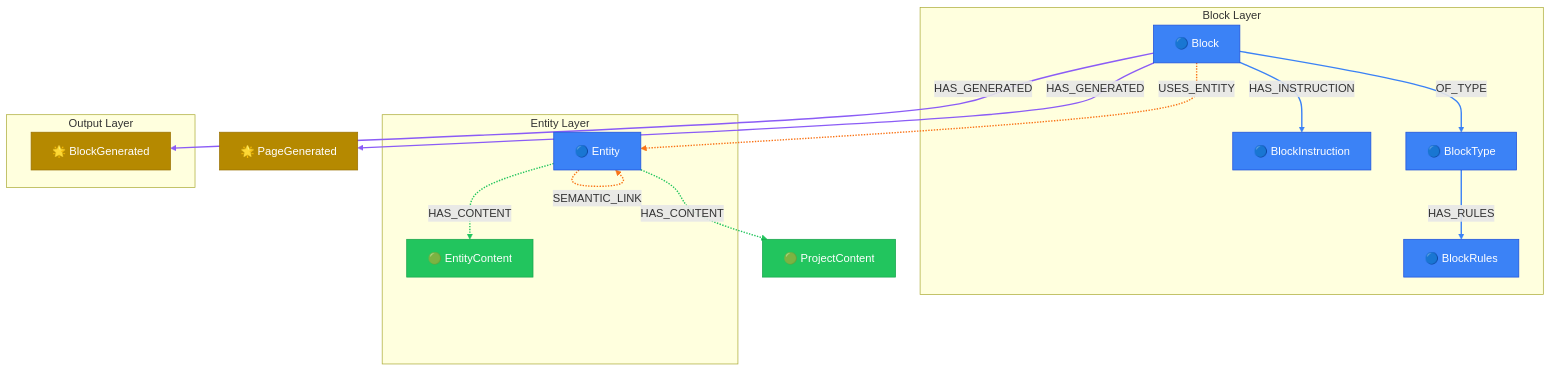
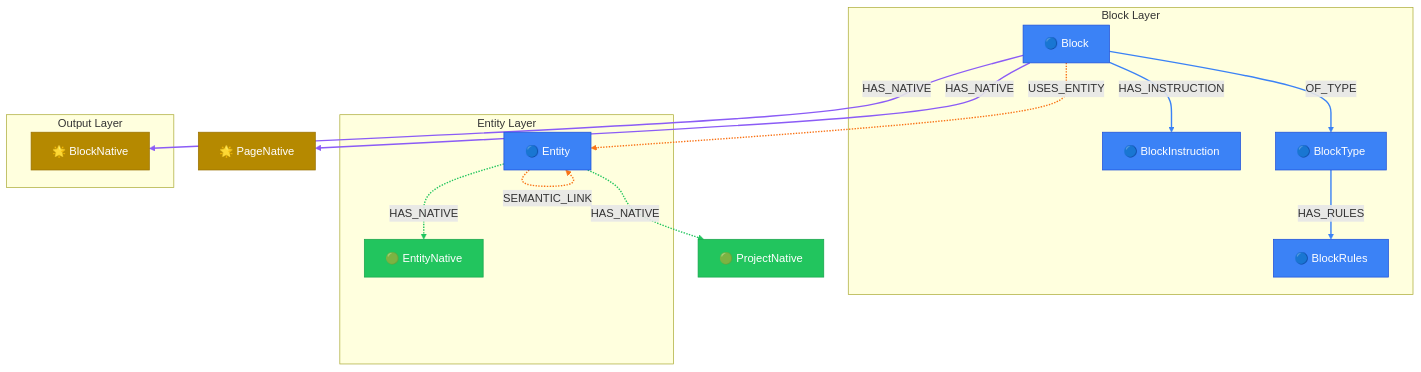
The diagram in packages/core/models/docs/block-generation.md (supernovae-st/novanet), drawn with Mermaid before and after one commit. The commit also changed 113 other files, not shown here.

First line of the commit message:
feat(schema): v0.13.0 *Native migration (ADR-029)

````diff
--- a/packages/core/models/docs/block-generation.md
+++ b/packages/core/models/docs/block-generation.md
@@ -26,60 +26,60 @@
 ```mermaid
 flowchart TB
   %% View: Block Generation Context (block-generation)
   %% 9 nodes, 9 arcs
 
   %% Trait styling (node_trait)
   classDef defined fill:#3b82f6,stroke:#1d4ed8,color:#fff
   classDef authored fill:#22c55e,stroke:#16a34a,color:#fff
   classDef imported fill:#8b5cf6,stroke:#7c3aed,color:#fff
   classDef generated fill:#b58900,stroke:#996f00,color:#fff
   classDef retrieved fill:#6c71c4,stroke:#5761b3,color:#fff
 
   subgraph BLOCK_LAYER["Block Layer"]
     Block["🔵 Block"]
     BlockInstruction["🔵 BlockInstruction"]
     BlockType["🔵 BlockType"]
     BlockRules["🔵 BlockRules"]
   end
 
   subgraph ENTITY_LAYER["Entity Layer"]
     Entity["🔵 Entity"]
-    EntityContent["🟢 EntityContent"]
+    EntityNative["🟢 EntityNative"]
   end
 
   subgraph OUTPUT_LAYER["Output Layer"]
-    BlockGenerated["🌟 BlockGenerated"]
+    BlockNative["🌟 BlockNative"]
   end
 
   %% Additional reachable nodes
-  PageGenerated["🌟 PageGenerated"]
-  ProjectContent["🟢 ProjectContent"]
+  PageNative["🌟 PageNative"]
+  ProjectNative["🟢 ProjectNative"]
 
   %% Relationships (styled by arc family)
-  Block ==>|HAS_GENERATED| BlockGenerated
-  Block ==>|HAS_GENERATED| PageGenerated
+  Block ==>|HAS_NATIVE| BlockNative
+  Block ==>|HAS_NATIVE| PageNative
   Block -->|HAS_INSTRUCTION| BlockInstruction
   Block -->|OF_TYPE| BlockType
   Block -.->|USES_ENTITY| Entity
   BlockType -->|HAS_RULES| BlockRules
-  Entity -.->|HAS_CONTENT| EntityContent
-  Entity -.->|HAS_CONTENT| ProjectContent
+  Entity -.->|HAS_NATIVE| EntityNative
+  Entity -.->|HAS_NATIVE| ProjectNative
   Entity -.->|SEMANTIC_LINK| Entity
 
   %% Arc colors by family
   linkStyle 0,1 stroke:#8b5cf6,stroke-width:2px
   linkStyle 6,7 stroke:#22c55e,stroke-width:2px
   linkStyle 2,3,5 stroke:#3b82f6,stroke-width:2px
   linkStyle 4,8 stroke:#f97316,stroke-width:2px
 
   %% Class assignments
   class Block defined
-  class BlockGenerated generated
+  class BlockNative generated
   class BlockInstruction defined
   class BlockRules defined
   class BlockType defined
   class Entity defined
-  class EntityContent authored
-  class PageGenerated generated
-  class ProjectContent authored
+  class EntityNative authored
+  class PageNative generated
+  class ProjectNative authored
 ```
````
